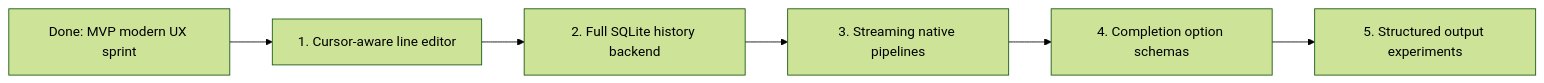
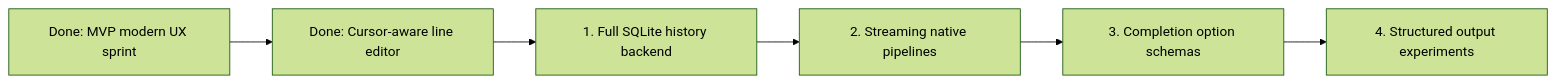
Before and after one commit to PascalAI2024/ZiggyZag: the diagram in docs/ROADMAP.md, drawn with Mermaid (forest theme). The commit also changed other lines of this file and 6 other files, not shown here.

````diff
--- a/docs/ROADMAP.md
+++ b/docs/ROADMAP.md
@@ -26,8 +26,8 @@
 ```mermaid
 flowchart LR
-    a["Done: MVP modern UX sprint"] --> b["1. Cursor-aware line editor"]
-    b --> c["2. Full SQLite history backend"]
-    c --> d["3. Streaming native pipelines"]
-    d --> e["4. Completion option schemas"]
-    e --> f["5. Structured output experiments"]
+    a["Done: MVP modern UX sprint"] --> b["Done: Cursor-aware line editor"]
+    b --> c["1. Full SQLite history backend"]
+    c --> d["2. Streaming native pipelines"]
+    d --> e["3. Completion option schemas"]
+    e --> f["4. Structured output experiments"]
 ```
````
